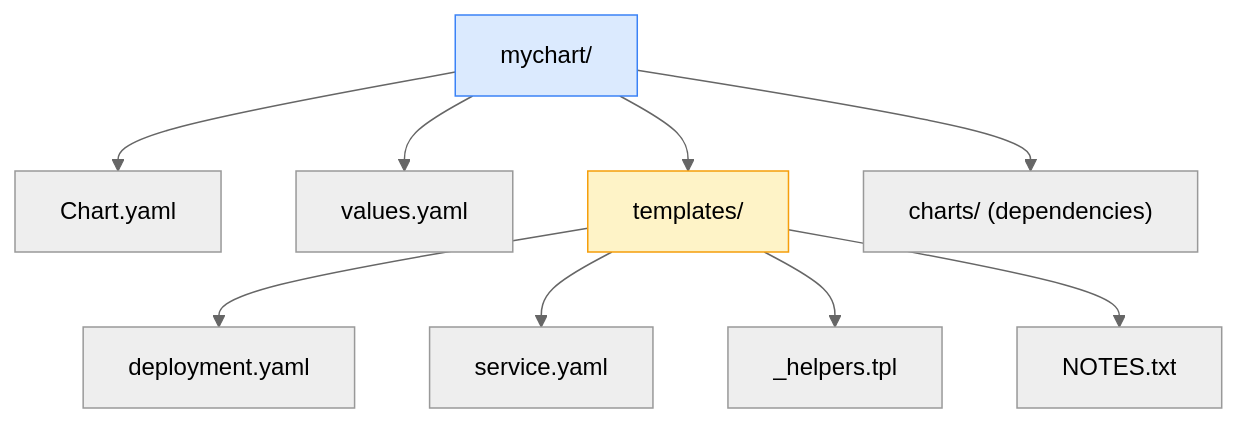
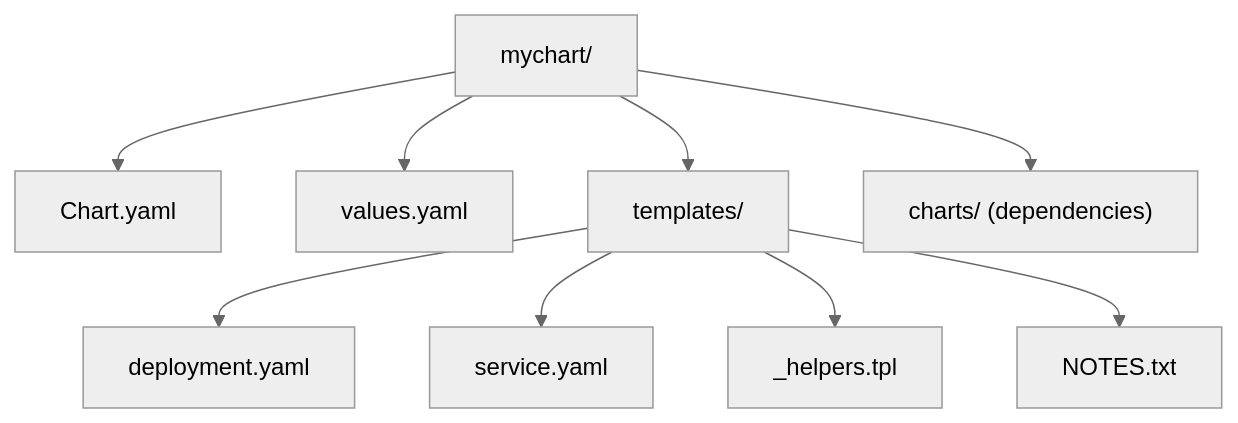
The fourth of 4 diagrams in content/cka/13-helm-kubernetes-package-manager/overview/overview.md (Gautam4424/k8slearn-content), drawn with Mermaid (neutral theme) before and after one commit. The commit also changed other lines of this file and 40 other files, not shown here.

Commit message:
chore: fix mermaid style regex

````diff
--- a/content/cka/13-helm-kubernetes-package-manager/overview/overview.md
+++ b/content/cka/13-helm-kubernetes-package-manager/overview/overview.md
@@ -204,18 +195,15 @@
 ```mermaid
 graph TD
     ROOT["mychart/"]
     CY["Chart.yaml"]
     VY["values.yaml"]
     TPL["templates/"]
     DEP["deployment.yaml"]
     SVC["service.yaml"]
     HLP["_helpers.tpl"]
     NOT["NOTES.txt"]
     DEP_DIR["charts/ (dependencies)"]
 
     ROOT --> CY & VY & TPL & DEP_DIR
     TPL --> DEP & SVC & HLP & NOT
-
-    style ROOT fill:#dbeafe,stroke:#3b82f6
-    style TPL fill:#fef3c7,stroke:#f59e0b
 ```
````
